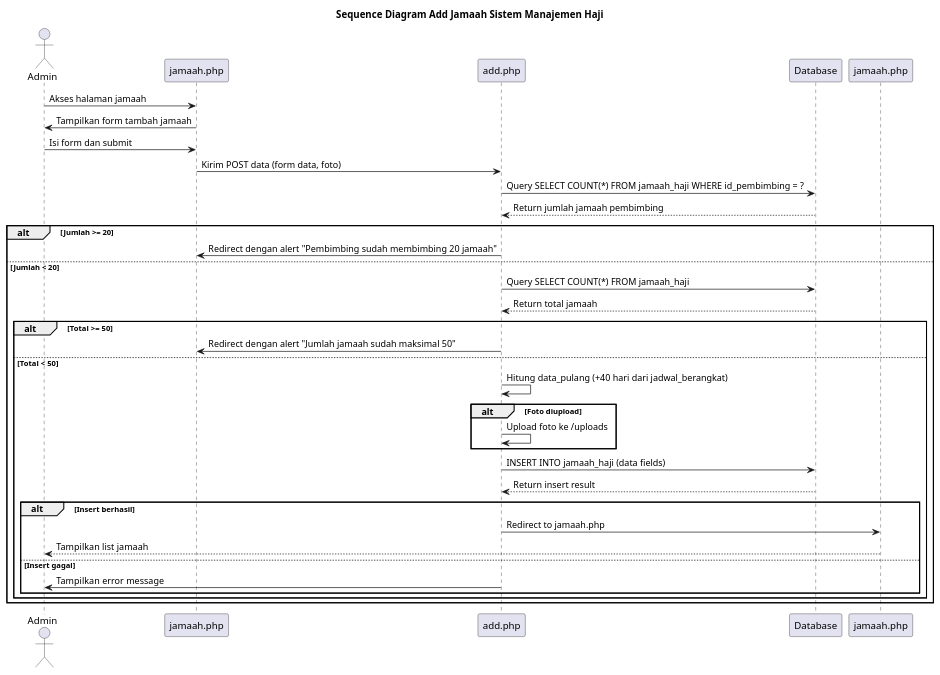
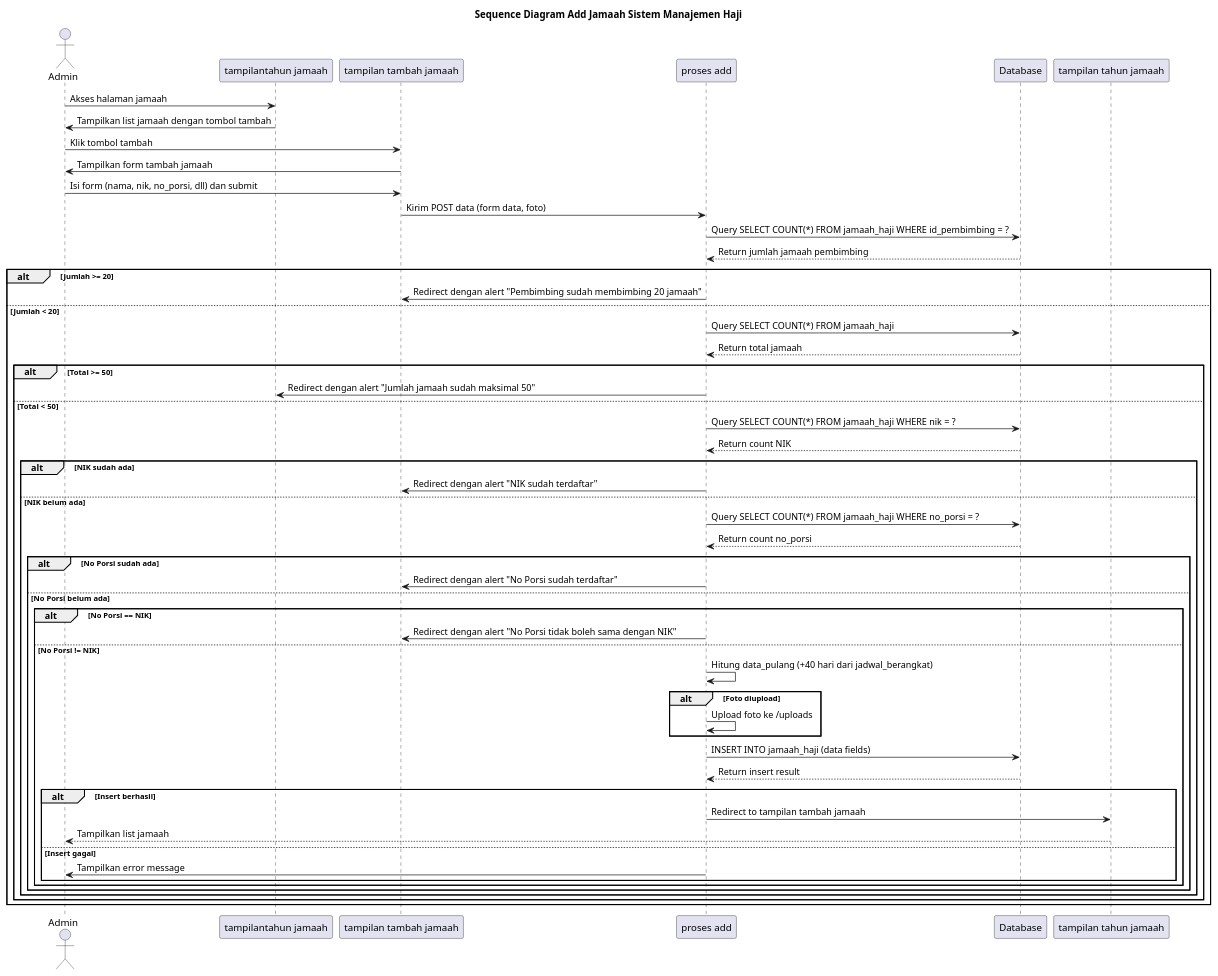
One commit to fauzirahayu/uzicom changed the diagram in komponen/sequence_diagram_add_jamaah.puml. Above: the diagram before and after it, drawn with PlantUML. The commit also changed 24 other files, not shown here.

```diff
--- a/komponen/sequence_diagram_add_jamaah.puml
+++ b/komponen/sequence_diagram_add_jamaah.puml
@@ -1,47 +1,69 @@
 @startuml Sequence Diagram Add Jamaah
 
 title Sequence Diagram Add Jamaah Sistem Manajemen Haji
 
 actor Admin as Admin
-participant "jamaah.php" as JamaahPage
-participant "add.php" as AddJamaah
+participant "tampilantahun jamaah" as JamaahPage
+participant "tampilan tambah jamaah" as FormPage
+participant "proses add" as AddJamaah
 participant "Database" as DB
-participant "jamaah.php" as JamaahList
+participant "tampilan tahun jamaah" as JamaahList
 
 Admin -> JamaahPage: Akses halaman jamaah
-JamaahPage -> Admin: Tampilkan form tambah jamaah
+JamaahPage -> Admin: Tampilkan list jamaah dengan tombol tambah
 
-Admin -> JamaahPage: Isi form dan submit
-JamaahPage -> AddJamaah: Kirim POST data (form data, foto)
+Admin -> FormPage: Klik tombol tambah
+FormPage -> Admin: Tampilkan form tambah jamaah
+
+Admin -> FormPage: Isi form (nama, nik, no_porsi, dll) dan submit
+FormPage -> AddJamaah: Kirim POST data (form data, foto)
 
 AddJamaah -> DB: Query SELECT COUNT(*) FROM jamaah_haji WHERE id_pembimbing = ?
 DB --> AddJamaah: Return jumlah jamaah pembimbing
 
 alt Jumlah >= 20
-    AddJamaah -> JamaahPage: Redirect dengan alert "Pembimbing sudah membimbing 20 jamaah"
+    AddJamaah -> FormPage: Redirect dengan alert "Pembimbing sudah membimbing 20 jamaah"
 else Jumlah < 20
     AddJamaah -> DB: Query SELECT COUNT(*) FROM jamaah_haji
     DB --> AddJamaah: Return total jamaah
 
     alt Total >= 50
         AddJamaah -> JamaahPage: Redirect dengan alert "Jumlah jamaah sudah maksimal 50"
     else Total < 50
-        AddJamaah -> AddJamaah: Hitung data_pulang (+40 hari dari jadwal_berangkat)
+        AddJamaah -> DB: Query SELECT COUNT(*) FROM jamaah_haji WHERE nik = ?
+        DB --> AddJamaah: Return count NIK
 
-        alt Foto diupload
-            AddJamaah -> AddJamaah: Upload foto ke /uploads
-        end
+        alt NIK sudah ada
+            AddJamaah -> FormPage: Redirect dengan alert "NIK sudah terdaftar"
+        else NIK belum ada
+            AddJamaah -> DB: Query SELECT COUNT(*) FROM jamaah_haji WHERE no_porsi = ?
+            DB --> AddJamaah: Return count no_porsi
 
-        AddJamaah -> DB: INSERT INTO jamaah_haji (data fields)
-        DB --> AddJamaah: Return insert result
+            alt No Porsi sudah ada
+                AddJamaah -> FormPage: Redirect dengan alert "No Porsi sudah terdaftar"
+            else No Porsi belum ada
+                alt No Porsi == NIK
+                    AddJamaah -> FormPage: Redirect dengan alert "No Porsi tidak boleh sama dengan NIK"
+                else No Porsi != NIK
+                    AddJamaah -> AddJamaah: Hitung data_pulang (+40 hari dari jadwal_berangkat)
 
-        alt Insert berhasil
-            AddJamaah -> JamaahList: Redirect to jamaah.php
-            JamaahList --> Admin: Tampilkan list jamaah
-        else Insert gagal
-            AddJamaah -> Admin: Tampilkan error message
+                    alt Foto diupload
+                        AddJamaah -> AddJamaah: Upload foto ke /uploads
+                    end
+
+                    AddJamaah -> DB: INSERT INTO jamaah_haji (data fields)
+                    DB --> AddJamaah: Return insert result
+
+                    alt Insert berhasil
+                        AddJamaah -> JamaahList: Redirect to tampilan tambah jamaah
+                        JamaahList --> Admin: Tampilkan list jamaah
+                    else Insert gagal
+                        AddJamaah -> Admin: Tampilkan error message
+                    end
+                end
+            end
         end
     end
 end
 
 @enduml
```
